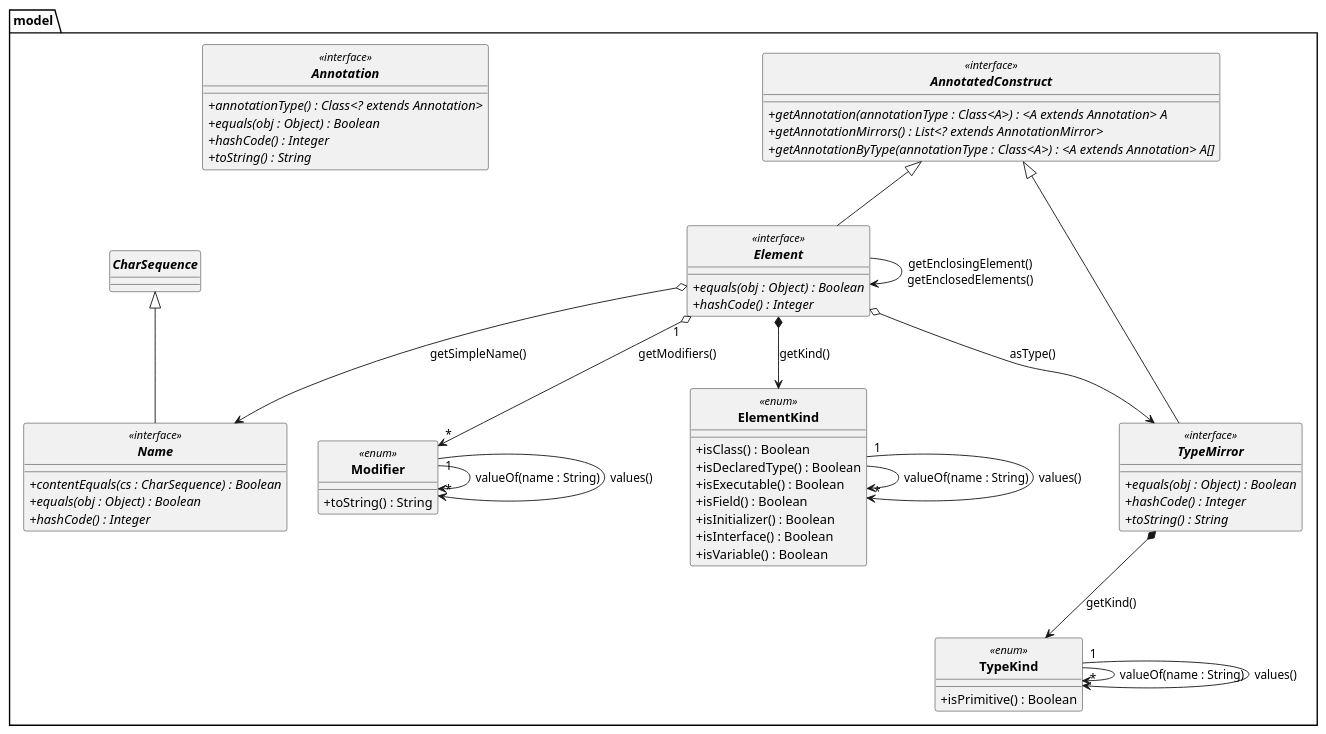
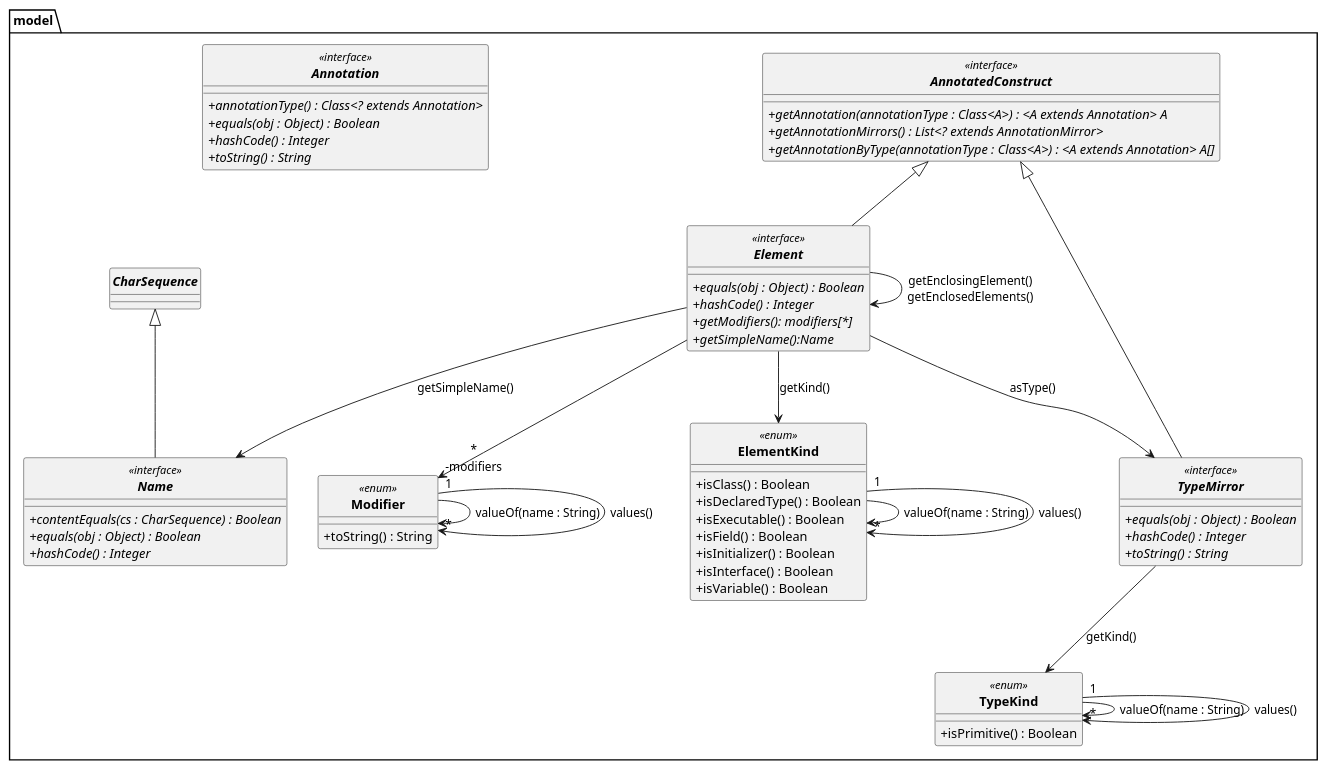
The diagram in puml/DiagrammesAPI/DccApi.puml (D3B1RUM4N/PumlFromJava), drawn with PlantUML before and after one commit. The commit also changed 4 other files, not shown here.

Commit message:
Changements sur les diagrammes

```diff
--- a/puml/DiagrammesAPI/DccApi.puml
+++ b/puml/DiagrammesAPI/DccApi.puml
@@ -1,77 +1,81 @@
 @startuml
 'https://plantuml.com/sequence-diagram
 
 skinparam classAttributeIconSize 0
 skinparam classFontStyle Bold
 skinparam style strictuml
 
 package model{
     interface AnnotatedConstruct <<interface>>{
         'A - the annotation interface
         + {abstract}getAnnotation(annotationType : Class<A>) : <A extends Annotation> A
         + {abstract}getAnnotationMirrors() : List<? extends AnnotationMirror>
         + {abstract}getAnnotationByType(annotationType : Class<A>) : <A extends Annotation> A[]
         }
 
 
     interface Element <<interface>> extends AnnotatedConstruct{
         + {abstract}equals(obj : Object) : Boolean
         + {abstract}hashCode() : Integer
+        + {abstract}getModifiers(): modifiers[*]
+        +{abstract}getSimpleName():Name
+
     }
 
     interface Annotation <<interface>>{
         +{abstract}annotationType() : Class<? extends Annotation>
         + {abstract}equals(obj : Object) : Boolean
         + {abstract}hashCode() : Integer
         + {abstract}toString() : String
     }
 
     interface Name <<interface>> extends CharSequence{
         +{abstract}contentEquals(cs : CharSequence) : Boolean
         +{abstract}equals(obj : Object) : Boolean
         +{abstract}hashCode() : Integer
     }
 
     enum Modifier <<enum>>{
         +toString() : String
+
 
     }
 
     enum ElementKind <<enum>>{
         +isClass() : Boolean
         +isDeclaredType() : Boolean
         +isExecutable() : Boolean
         +isField() : Boolean
         +isInitializer() : Boolean
         +isInterface() : Boolean
         +isVariable() : Boolean
 
     }
 
     interface TypeMirror <<interface>> extends AnnotatedConstruct{
          + {abstract}equals(obj : Object) : Boolean
          + {abstract}hashCode() : Integer
          + {abstract}toString() : String
     }
 
     enum TypeKind <<enum>>{
         + isPrimitive() : Boolean
     }
 
 Element --> Element : getEnclosingElement()\ngetEnclosedElements()
-Element o--> TypeMirror : asType()
-Element "1" o--> "*" Modifier : getModifiers()
-Element *--> ElementKind : getKind()
-Element o--> Name : getSimpleName()
+Element --> TypeMirror : asType()
+Element  --> "*\n-modifiers" Modifier
+Element --> ElementKind : getKind()
+Element --> Name : getSimpleName()
 ElementKind --> ElementKind : valueOf(name : String)
 ElementKind "1" --> "*" ElementKind : values()
-TypeMirror *--> TypeKind : getKind()
+TypeMirror --> TypeKind : getKind()
 TypeKind --> TypeKind : valueOf(name : String)
 TypeKind "1" --> "*" TypeKind : values()
 Modifier --> Modifier: valueOf(name : String)
 Modifier "1" --> "*" Modifier : values()
 
 
 
 }
 @enduml
```
